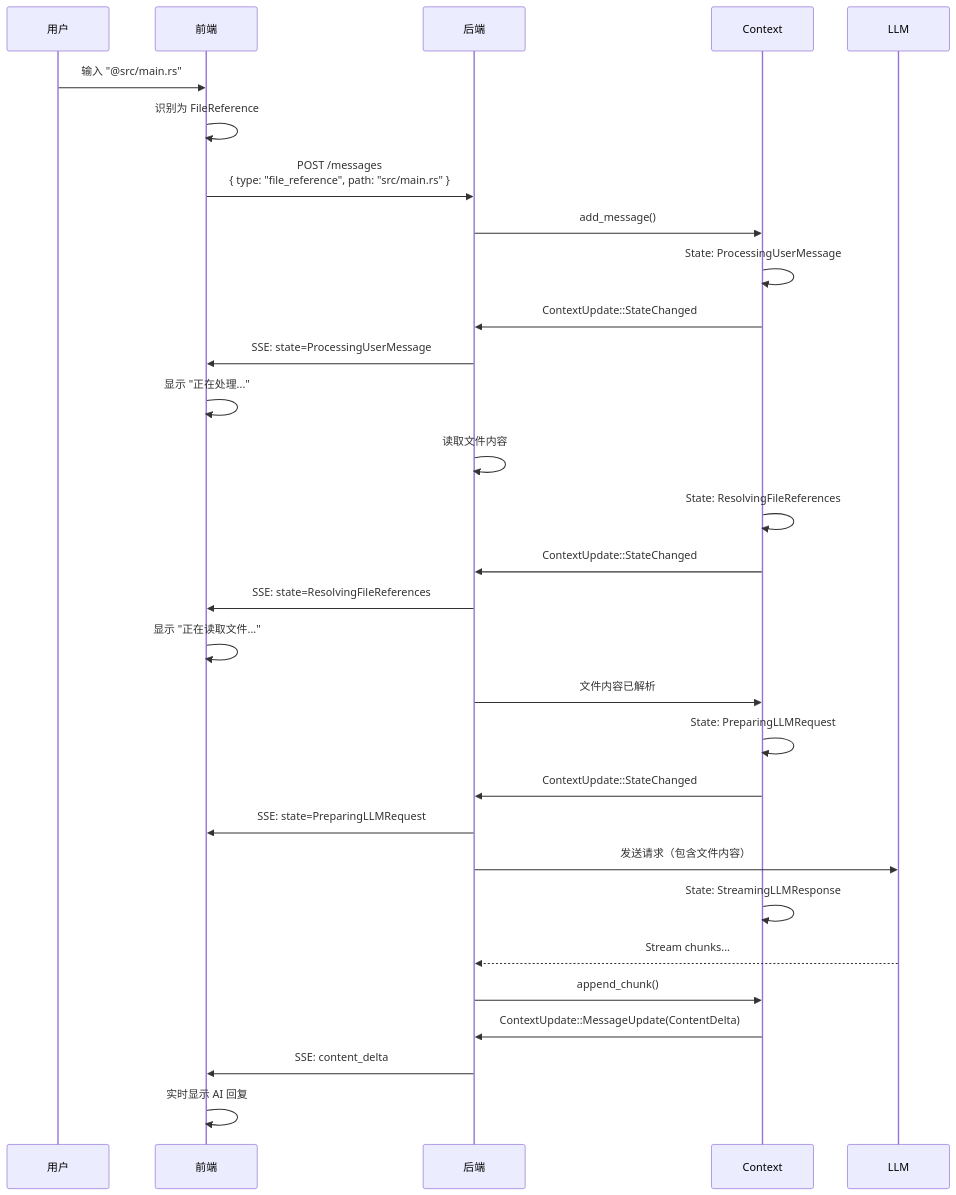
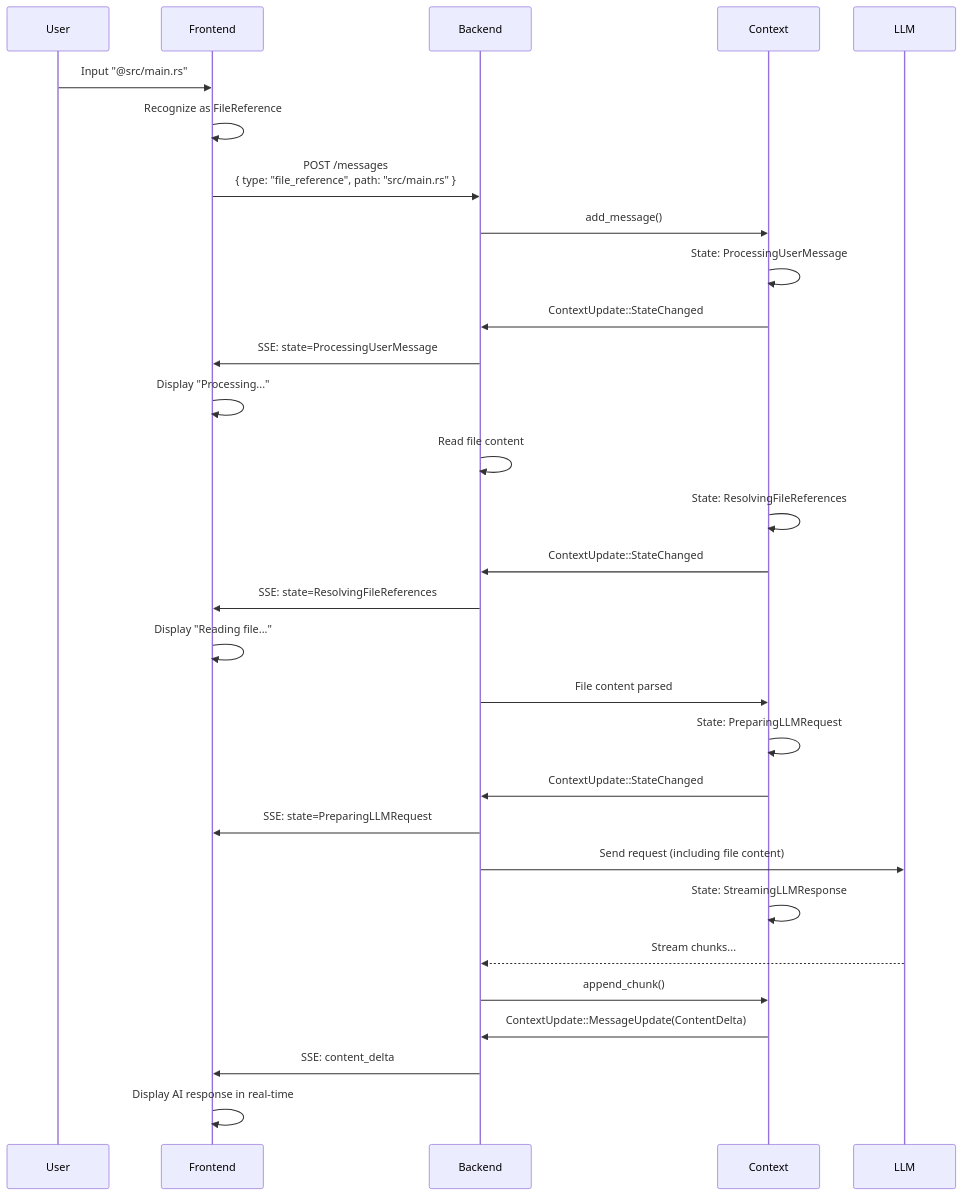
The first of 3 diagrams in docs/reports/refactoring/frontend_backend_state_sync_review_CN.md (bigduu/copilot_client_app), drawn with Mermaid before and after one commit. The commit also changed other lines of this file and 49 other files, not shown here.

````diff
--- a/docs/reports/refactoring/frontend_backend_state_sync_review_CN.md
+++ b/docs/reports/refactoring/frontend_backend_state_sync_review_CN.md
@@ -264,37 +264,37 @@
 ```mermaid
 sequenceDiagram
-    participant U as 用户
-    participant F as 前端
-    participant B as 后端
+    participant U as User
+    participant F as Frontend
+    participant B as Backend
     participant C as Context
     participant LLM as LLM
 
-    U->>F: 输入 "@src/main.rs"
-    F->>F: 识别为 FileReference
+    U->>F: Input "@src/main.rs"
+    F->>F: Recognize as FileReference
     F->>B: POST /messages<br/>{ type: "file_reference", path: "src/main.rs" }
-    
+
     B->>C: add_message()
     C->>C: State: ProcessingUserMessage
     C->>B: ContextUpdate::StateChanged
     B->>F: SSE: state=ProcessingUserMessage
-    F->>F: 显示 "正在处理..."
-    
-    B->>B: 读取文件内容
+    F->>F: Display "Processing..."
+
+    B->>B: Read file content
     C->>C: State: ResolvingFileReferences
     C->>B: ContextUpdate::StateChanged
     B->>F: SSE: state=ResolvingFileReferences
-    F->>F: 显示 "正在读取文件..."
-    
-    B->>C: 文件内容已解析
+    F->>F: Display "Reading file..."
+
+    B->>C: File content parsed
     C->>C: State: PreparingLLMRequest
     C->>B: ContextUpdate::StateChanged
     B->>F: SSE: state=PreparingLLMRequest
-    
-    B->>LLM: 发送请求（包含文件内容）
+
+    B->>LLM: Send request (including file content)
     C->>C: State: StreamingLLMResponse
     LLM-->>B: Stream chunks...
     B->>C: append_chunk()
     C->>B: ContextUpdate::MessageUpdate(ContentDelta)
     B->>F: SSE: content_delta
-    F->>F: 实时显示 AI 回复
+    F->>F: Display AI response in real-time
 ```
````
